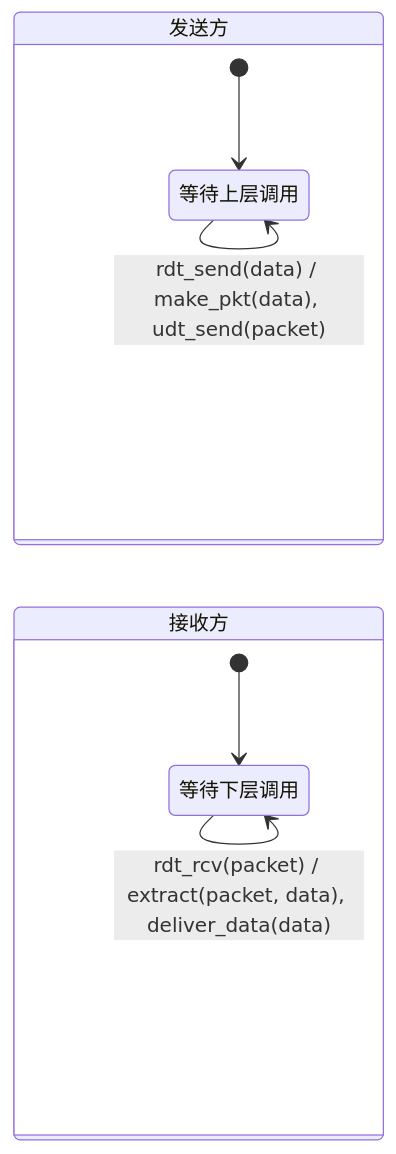
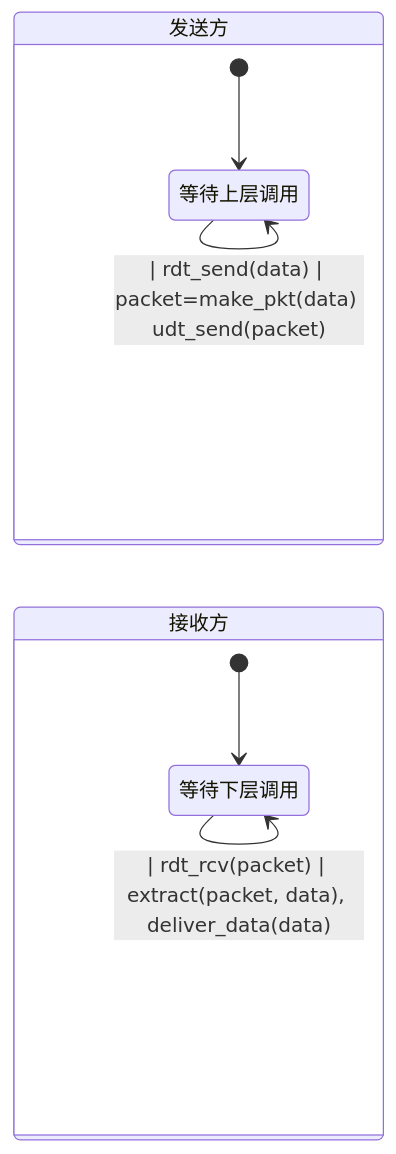
The seventh of 26 diagrams in src/content/posts/运输层.md (Meer-Matze/Meer-Matze.github.io), drawn with Mermaid before and after one commit. The commit also changed other lines of this file, not shown here.

````diff
--- a/src/content/posts/运输层.md
+++ b/src/content/posts/运输层.md
@@ -309,14 +304,14 @@
 ```mermaid
 stateDiagram-v2
     direction LR
     state "发送方" as Snd {
         [*] --> WaitCall
         WaitCall: 等待上层调用
-        WaitCall --> WaitCall: rdt_send(data) / make_pkt(data), udt_send(packet)
+        WaitCall --> WaitCall: | rdt_send(data) | packet=make_pkt(data) udt_send(packet)
     }
     state "接收方" as Rcv {
         [*] --> WaitRcv
         WaitRcv: 等待下层调用
-        WaitRcv --> WaitRcv: rdt_rcv(packet) / extract(packet, data), deliver_data(data)
+        WaitRcv --> WaitRcv: | rdt_rcv(packet) | extract(packet, data), deliver_data(data)
     }
 ```
````
